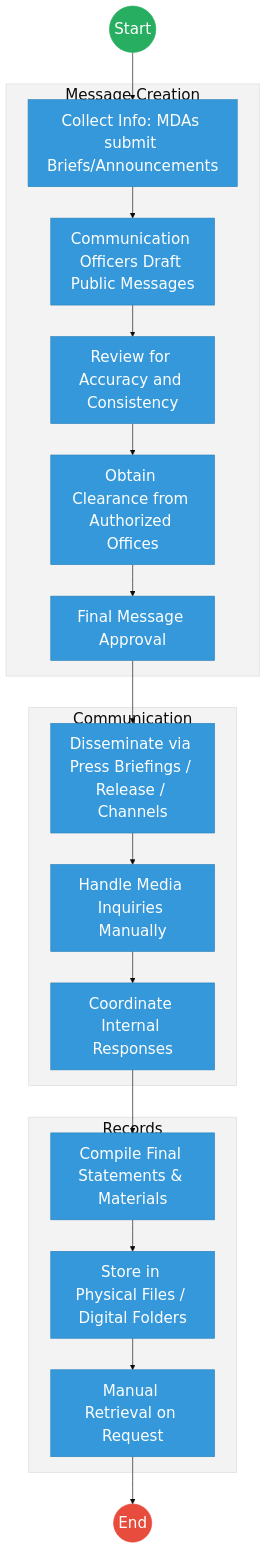
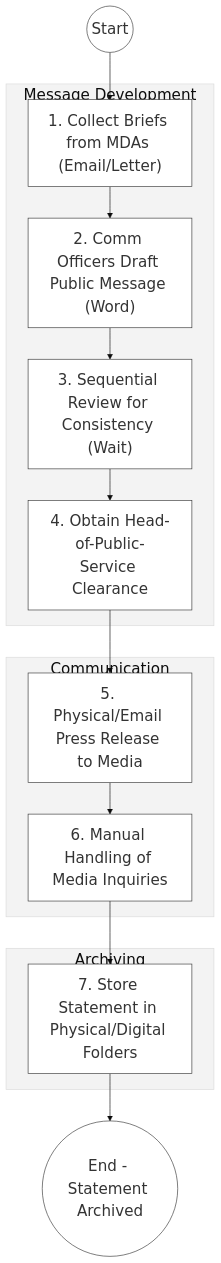
Before and after one commit to BITZ-IT-Consulting-LTD/ictapoc: the first of 2 diagrams in mdas/docs_final/priority_mdas/Government_Spokesperson___Service_Delivery.md, drawn with Mermaid. The commit also changed other lines of this file and 37 other files, not shown here.

````diff
--- a/mdas/docs_final/priority_mdas/Government_Spokesperson___Service_Delivery.md
+++ b/mdas/docs_final/priority_mdas/Government_Spokesperson___Service_Delivery.md
@@ -38,33 +77,22 @@
 ```mermaid
 %%{init: { 'theme': 'base', 'themeVariables': { 'fontSize': '24px', 'fontFamily': 'Inter, system-ui, sans-serif', 'primaryColor': '#ffffff', 'edgeLabelBackground':'#ffffff', 'tertiaryColor': '#f3f3f3', 'mainBkg': '#ffffff', 'nodeBorder': '#333333' } } }%%
-graph TD
-    Start((Start)) --> Collection["Collect Info: MDAs submit Briefs/Announcements"]
+flowchart TD
+    Start((Start)) --> Collection["1. Collect Briefs from MDAs (Email/Letter)"]
     
-    subgraph Development["Message Creation"]
-        Collection --> Draft["Communication Officers Draft Public Messages"]
-        Draft --> Review["Review for Accuracy and Consistency"]
-        Review --> Clearance["Obtain Clearance from Authorized Offices"]
-        Clearance --> Approval["Final Message Approval"]
+    subgraph Creation_Silo["Message Development"]
+        Collection --> Draft["2. Comm Officers Draft Public Message (Word)"]
+        Draft --> Review["3. Sequential Review for Consistency (Wait)"]
+        Review --> Clearance["4. Obtain Head-of-Public-Service Clearance"]
     end
-    
-    subgraph Dissemination [Communication]
-        Approval --> Media["Disseminate via Press Briefings / Release / Channels"]
-        Media --> Inquiries["Handle Media Inquiries Manually"]
-        Inquiries --> Coordinate["Coordinate Internal Responses"]
+
+    subgraph Dissemination_Silo["Communication"]
+        Clearance --> Release["5. Physical/Email Press Release to Media"]
+        Release --> Inquiry["6. Manual Handling of Media Inquiries"]
     end
-    
-    subgraph Archiving [Records]
-        Coordinate --> Compile["Compile Final Statements & Materials"]
-        Compile --> Save["Store in Physical Files / Digital Folders"]
-        Save --> Retrieval["Manual Retrieval on Request"]
+
+    subgraph Record_Layer["Archiving"]
+        Inquiry --> Save["7. Store Statement in Physical/Digital Folders"]
     end
-    
-    Retrieval --> End((End))
 
-    classDef start fill:#27ae60,stroke:#27ae60,color:#fff,font-size:24px,font-size:24px;;
-    classDef endNode fill:#e74c3c,stroke:#e74c3c,color:#fff,font-size:24px,font-size:24px;;
-    classDef userTask fill:#3498db,stroke:#2980b9,color:#fff,font-size:24px,font-size:24px;;
-    class Start start;
-    class End endNode;
-    class Collection,Draft,Review,Clearance,Approval,Media,Inquiries,Coordinate,Compile,Save,Retrieval userTask;
+    Save --> EndProcess(("End - Statement Archived"))
 ```
````
